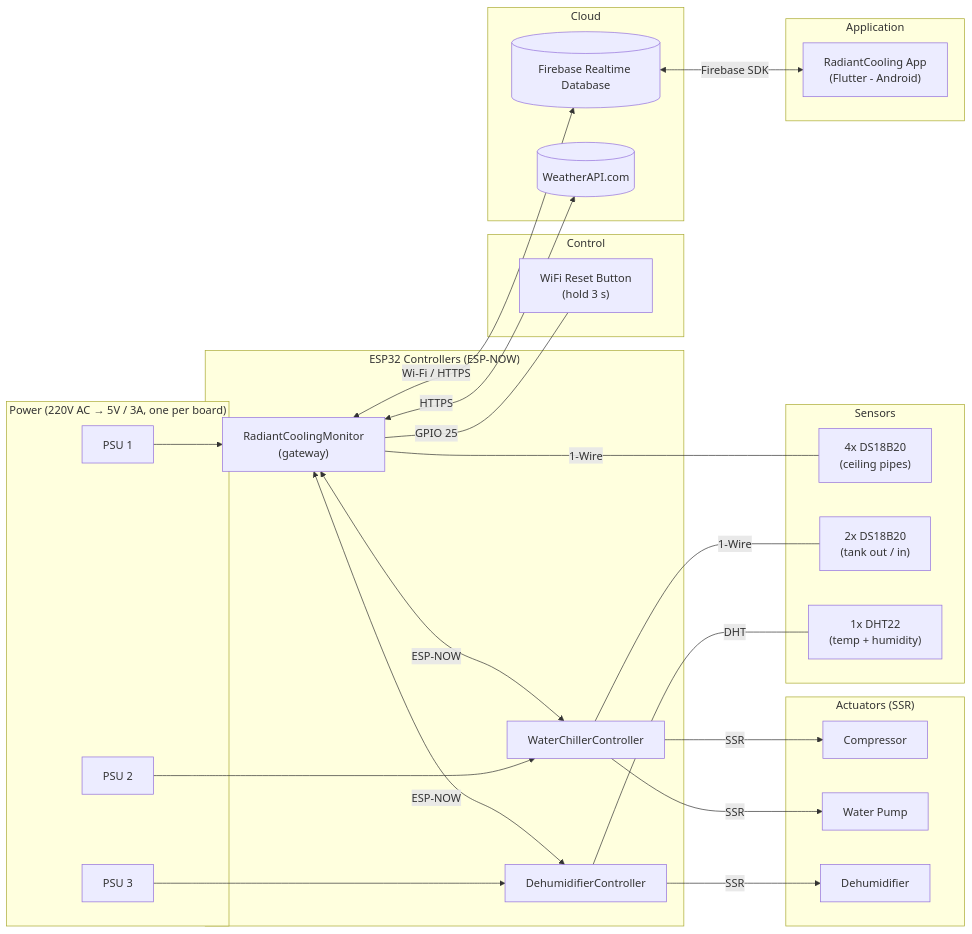
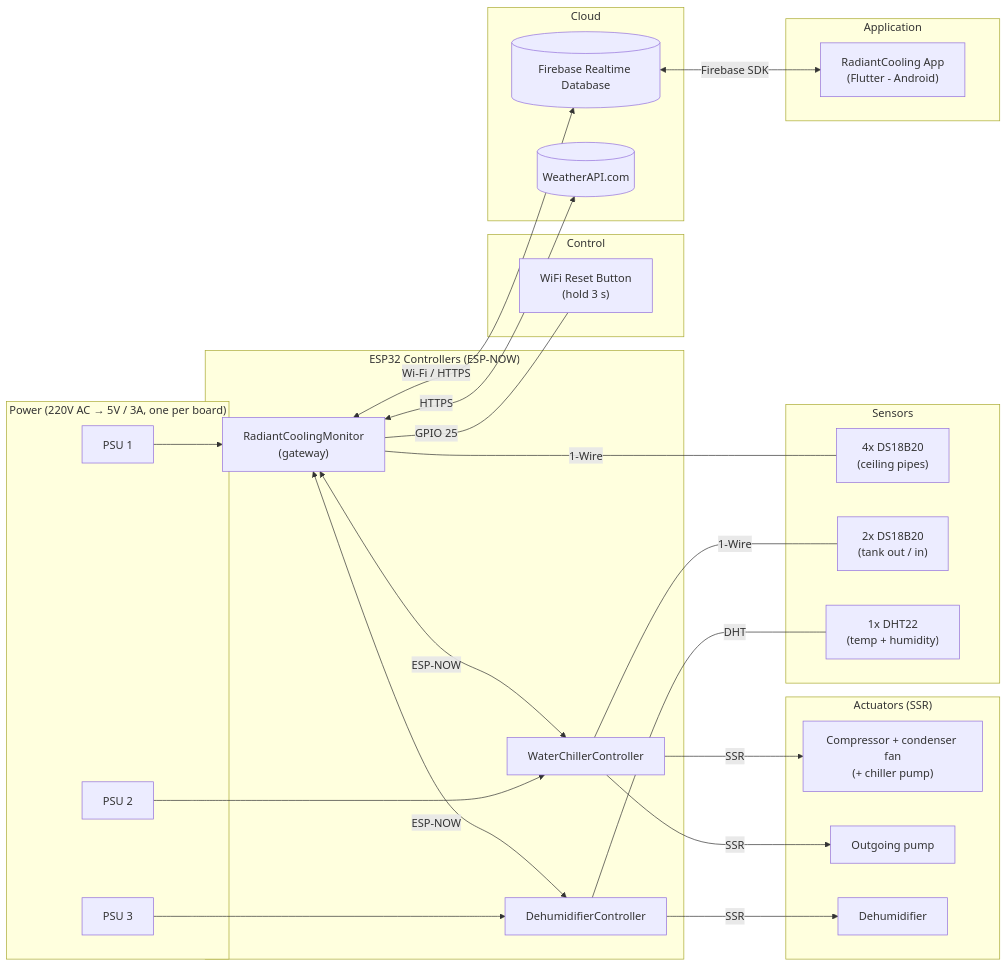
One commit to qppd/radiant-cooling changed the diagram in docs/diagrams/block-diagram.md. Above: the diagram before and after it, drawn with Mermaid. The commit also changed other lines of this file and 17 other files, not shown here.

````diff
--- a/docs/diagrams/block-diagram.md
+++ b/docs/diagrams/block-diagram.md
@@ -17,59 +17,59 @@
 ```mermaid
 flowchart LR
     subgraph PWR["Power (220V AC → 5V / 3A, one per board)"]
         PS1["PSU 1"]
         PS2["PSU 2"]
         PS3["PSU 3"]
     end
 
     subgraph CTRL["ESP32 Controllers (ESP-NOW)"]
         GW["RadiantCoolingMonitor<br/>(gateway)"]
         WCC["WaterChillerController"]
         DHC["DehumidifierController"]
     end
 
     subgraph SEN["Sensors"]
         T6["4x DS18B20<br/>(ceiling pipes)"]
         T1["2x DS18B20<br/>(tank out / in)"]
         DHT["1x DHT22<br/>(temp + humidity)"]
     end
 
     subgraph BTN["Control"]
         RESET["WiFi Reset Button<br/>(hold 3 s)"]
     end
 
     subgraph ACT["Actuators (SSR)"]
-        P1["Compressor"]
-        P2["Water Pump"]
+        P1["Compressor + condenser fan<br/>(+ chiller pump)"]
+        P2["Outgoing pump"]
         DHU["Dehumidifier"]
     end
 
     subgraph CLOUD["Cloud"]
         FB[("Firebase Realtime Database")]
         WX[("WeatherAPI.com")]
     end
 
     subgraph APP["Application"]
         UI["RadiantCooling App<br/>(Flutter - Android)"]
     end
 
     PS1 --> GW
     PS2 --> WCC
     PS3 --> DHC
 
     GW <-->|"ESP-NOW"| WCC
     GW <-->|"ESP-NOW"| DHC
 
     GW ---|"1-Wire"| T6
     GW ---|"GPIO 25"| RESET
     WCC ---|"1-Wire"| T1
     DHC ---|"DHT"| DHT
 
     WCC -->|"SSR"| P1
     WCC -->|"SSR"| P2
     DHC -->|"SSR"| DHU
 
     GW <-->|"Wi-Fi / HTTPS"| FB
     GW <-->|"HTTPS"| WX
     FB <-->|"Firebase SDK"| UI
 ```
````
